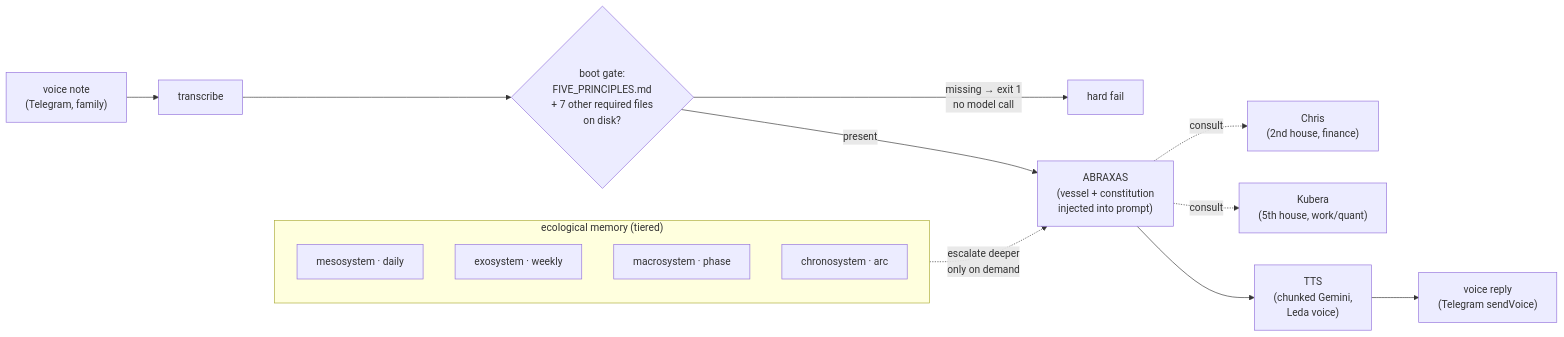
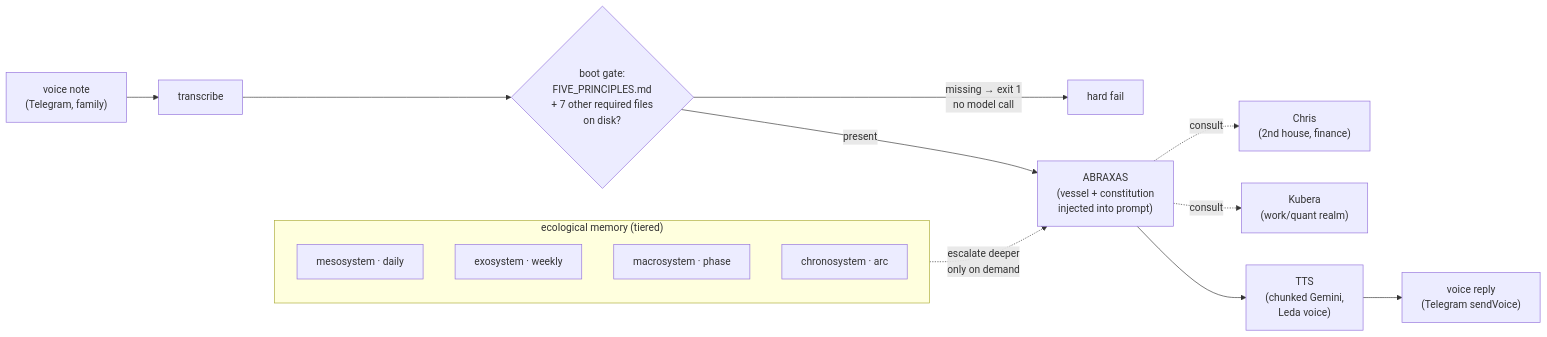
One commit to biknoff/losveri-systems changed the diagram in council/abraxas/README.md. Above: the diagram before and after it, drawn with Mermaid. The commit also changed other lines of this file, not shown here.

Commit message:
polish: last two realm-language residuals in abraxas

````diff
--- a/council/abraxas/README.md
+++ b/council/abraxas/README.md
@@ -17,20 +17,20 @@
 ```mermaid
 flowchart LR
     VN["voice note<br/>(Telegram, family)"] --> TR["transcribe"]
     TR --> GATE{"boot gate:<br/>FIVE_PRINCIPLES.md<br/>+ 7 other required files<br/>on disk?"}
     GATE -->|missing → exit 1<br/>no model call| FAIL["hard fail"]
     GATE -->|present| ABX["ABRAXAS<br/>(vessel + constitution<br/>injected into prompt)"]
 
     subgraph MEM["ecological memory (tiered)"]
         MICRO["mesosystem · daily"]
         EXO["exosystem · weekly"]
         MACRO["macrosystem · phase"]
         CHRONO["chronosystem · arc"]
     end
     MEM -.->|escalate deeper<br/>only on demand| ABX
 
     ABX -.->|consult| CHRIS["Chris<br/>(2nd house, finance)"]
-    ABX -.->|consult| KUBERA["Kubera<br/>(5th house, work/quant)"]
+    ABX -.->|consult| KUBERA["Kubera<br/>(work/quant realm)"]
     ABX --> TTS["TTS<br/>(chunked Gemini,<br/>Leda voice)"]
     TTS --> OUT["voice reply<br/>(Telegram sendVoice)"]
 ```
````
